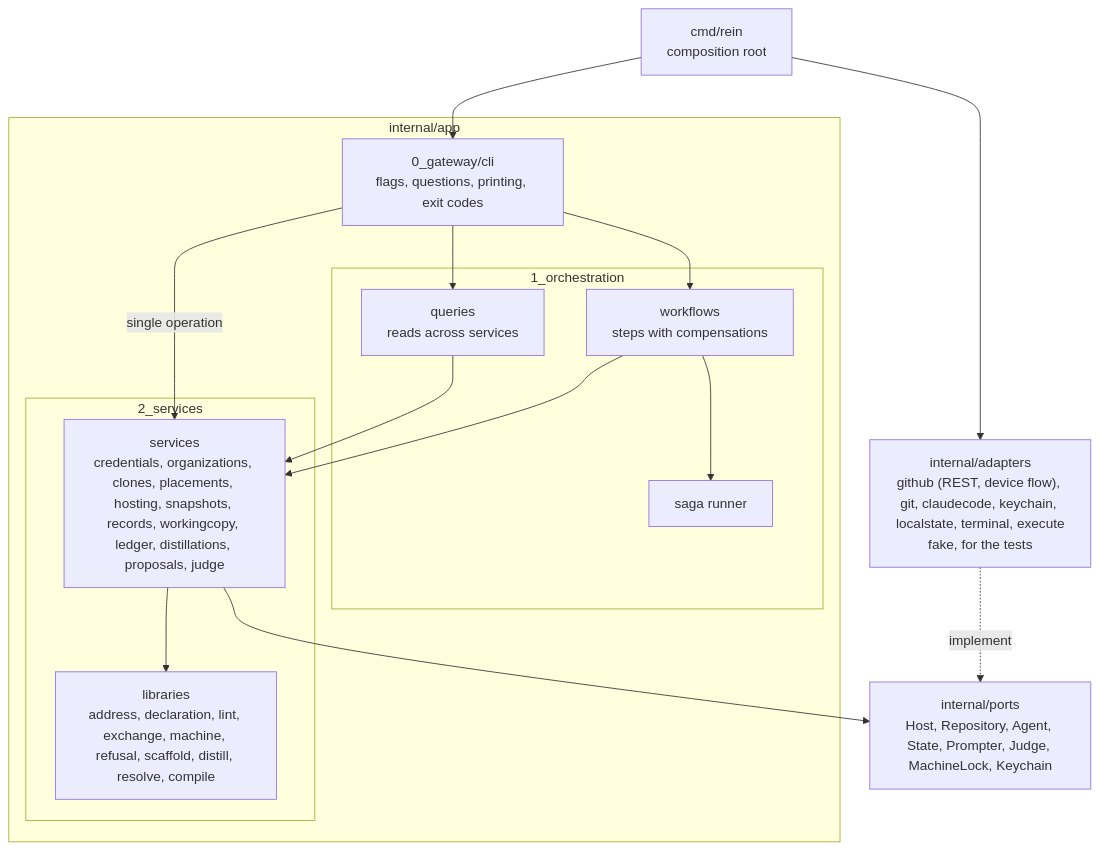
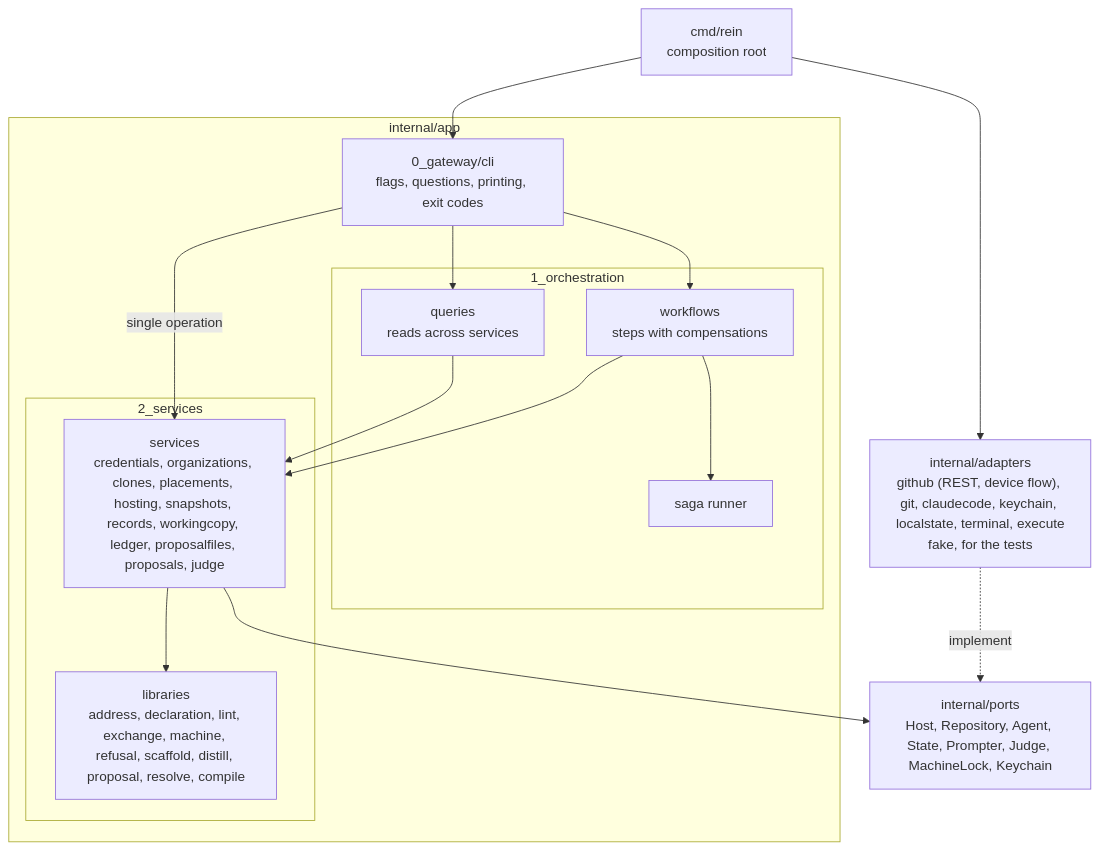
The diagram in docs/architecture.md (Danidani23/agents-rein), drawn with Mermaid before and after one commit. The commit also changed other lines of this file and 32 other files, not shown here.

First line of the commit message:
feat(rein): the proposal is one reviewable file; the judge's conversation is named; long steps spin

````diff
--- a/docs/architecture.md
+++ b/docs/architecture.md
@@ -18,30 +18,30 @@
 ```mermaid
 flowchart TB
     main["cmd/rein<br/>composition root"]
     subgraph app["internal/app"]
         gateway["0_gateway/cli<br/>flags, questions, printing, exit codes"]
         subgraph orchestration["1_orchestration"]
             workflows["workflows<br/>steps with compensations"]
             queries["queries<br/>reads across services"]
             runner["saga runner"]
         end
         subgraph services["2_services"]
-            svc["services<br/>credentials, organizations, clones, placements, hosting, snapshots, records, workingcopy, ledger, distillations, proposals, judge"]
-            libs["libraries<br/>address, declaration, lint, exchange, machine, refusal, scaffold, distill, resolve, compile"]
+            svc["services<br/>credentials, organizations, clones, placements, hosting, snapshots, records, workingcopy, ledger, proposalfiles, proposals, judge"]
+            libs["libraries<br/>address, declaration, lint, exchange, machine, refusal, scaffold, distill, proposal, resolve, compile"]
         end
     end
     ports["internal/ports<br/>Host, Repository, Agent, State, Prompter, Judge, MachineLock, Keychain"]
     adapters["internal/adapters<br/>github (REST, device flow), git, claudecode, keychain, localstate, terminal, execute<br/>fake, for the tests"]
 
     main --> gateway
     main --> adapters
     gateway --> workflows
     gateway --> queries
     gateway -- "single operation" --> svc
     workflows --> runner
     workflows --> svc
     queries --> svc
     svc --> ports
     svc --> libs
     adapters -. implement .-> ports
 ```
````
